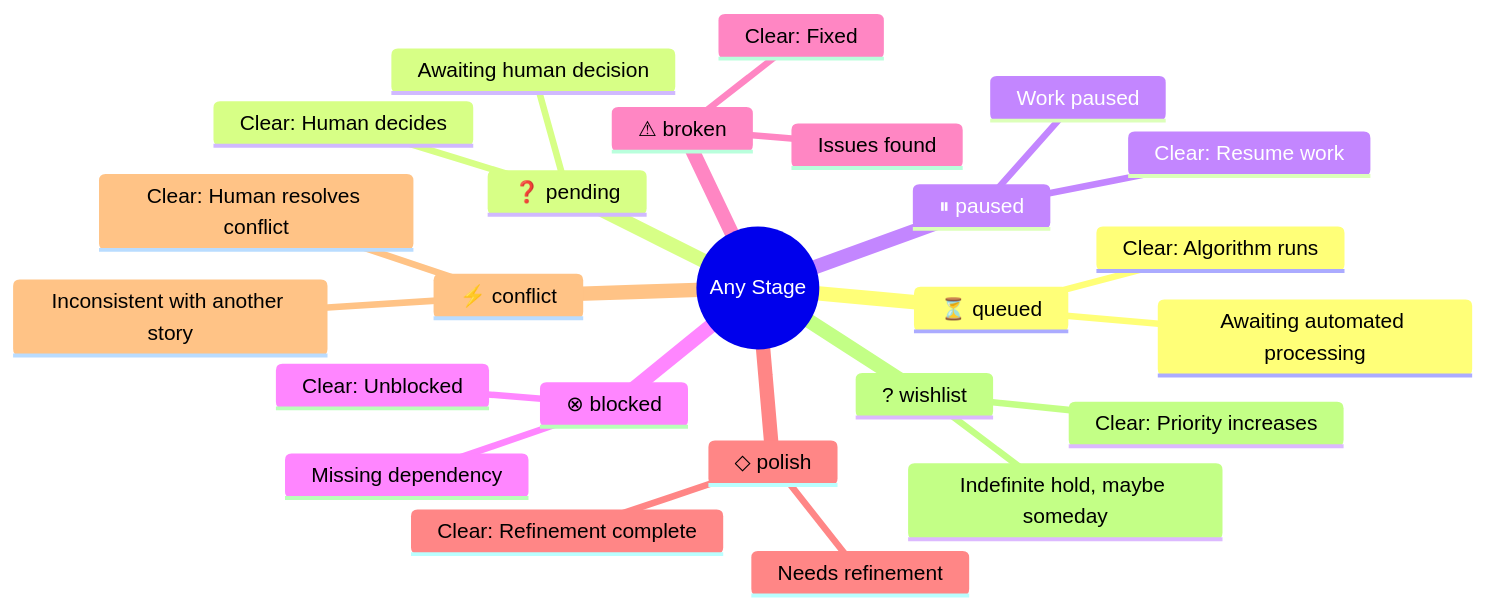
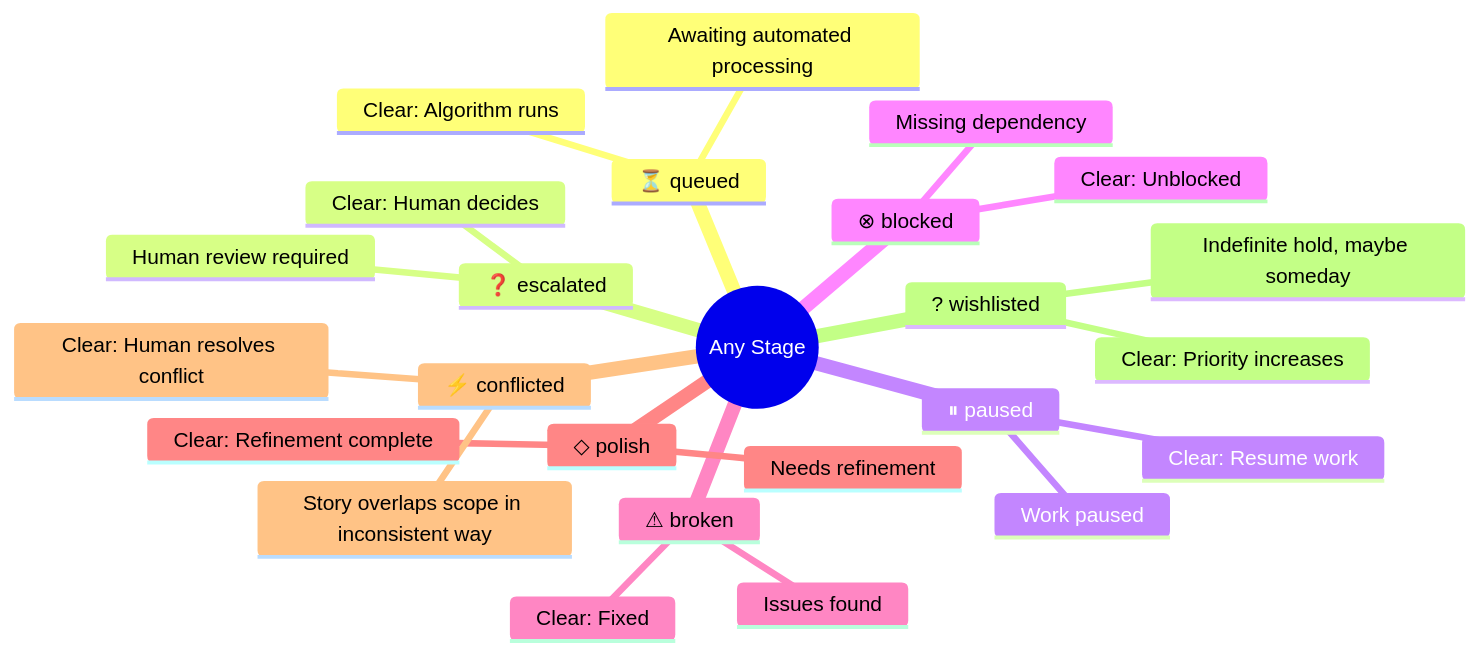
The second of 11 diagrams in claude/skills/story-tree/references/workflow-diagrams.md (Mharbulous/StoryTree), drawn with Mermaid before and after one commit. The commit also changed other lines of this file and 16 other files, not shown here.

````diff
--- a/claude/skills/story-tree/references/workflow-diagrams.md
+++ b/claude/skills/story-tree/references/workflow-diagrams.md
@@ -99,28 +99,28 @@
 ```mermaid
 mindmap
   root((Any Stage))
     ⏳ queued
       Awaiting automated processing
       Clear: Algorithm runs
-    ❓ pending
-      Awaiting human decision
+    ❓ escalated
+      Human review required
       Clear: Human decides
     ⏸ paused
       Work paused
       Clear: Resume work
     ⊗ blocked
       Missing dependency
       Clear: Unblocked
     ⚠ broken
       Issues found
       Clear: Fixed
     ◇ polish
       Needs refinement
       Clear: Refinement complete
-    ⚡ conflict
-      Inconsistent with another story
+    ⚡ conflicted
+      Story overlaps scope in inconsistent way
       Clear: Human resolves conflict
-    ? wishlist
+    ? wishlisted
       Indefinite hold, maybe someday
       Clear: Priority increases
 ```
````
